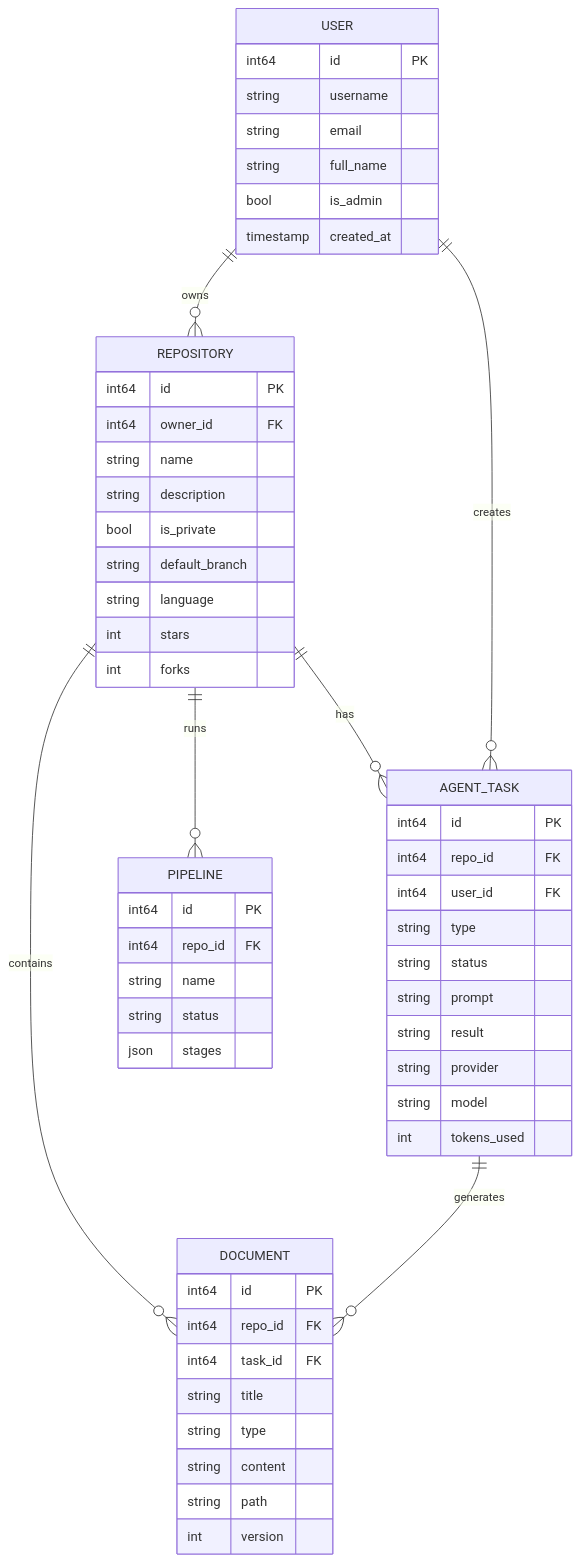
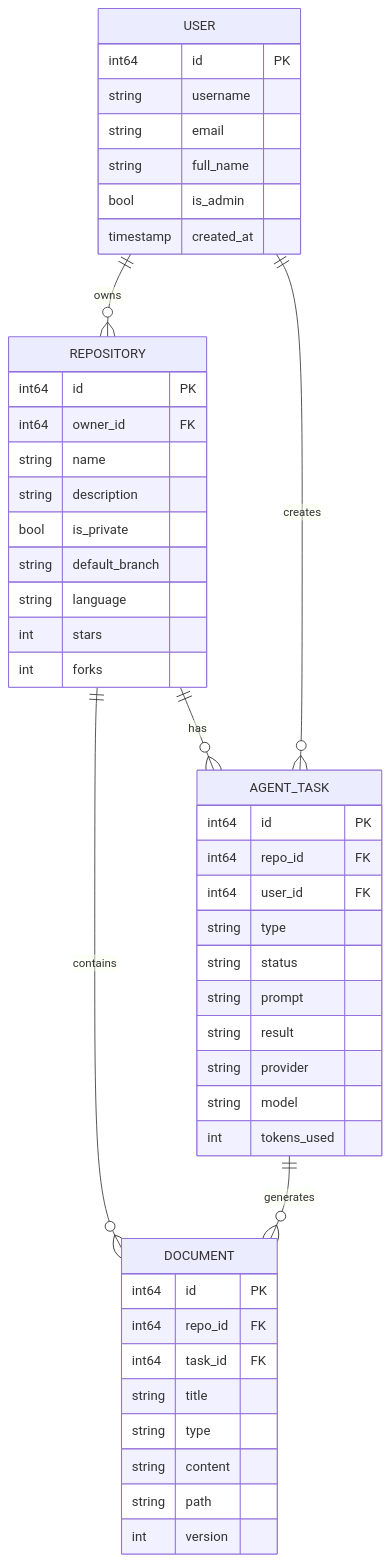
One commit to kondalaraogangavarapu/custom-gitea changed the fifth of 5 diagrams in README.md. Above: the diagram before and after it, drawn with Mermaid. The commit also changed other lines of this file and 12 other files, not shown here.

````diff
--- a/README.md
+++ b/README.md
@@ -192,62 +193,53 @@
 ```mermaid
 erDiagram
     USER {
         int64 id PK
         string username
         string email
         string full_name
         bool is_admin
         timestamp created_at
     }
 
     REPOSITORY {
         int64 id PK
         int64 owner_id FK
         string name
         string description
         bool is_private
         string default_branch
         string language
         int stars
         int forks
     }
 
     AGENT_TASK {
         int64 id PK
         int64 repo_id FK
         int64 user_id FK
         string type
         string status
         string prompt
         string result
         string provider
         string model
         int tokens_used
     }
 
     DOCUMENT {
         int64 id PK
         int64 repo_id FK
         int64 task_id FK
         string title
         string type
         string content
         string path
         int version
     }
 
-    PIPELINE {
-        int64 id PK
-        int64 repo_id FK
-        string name
-        string status
-        json stages
-    }
-
     USER ||--o{ REPOSITORY : owns
     REPOSITORY ||--o{ AGENT_TASK : has
     USER ||--o{ AGENT_TASK : creates
     REPOSITORY ||--o{ DOCUMENT : contains
     AGENT_TASK ||--o{ DOCUMENT : generates
-    REPOSITORY ||--o{ PIPELINE : runs
 ```
````
